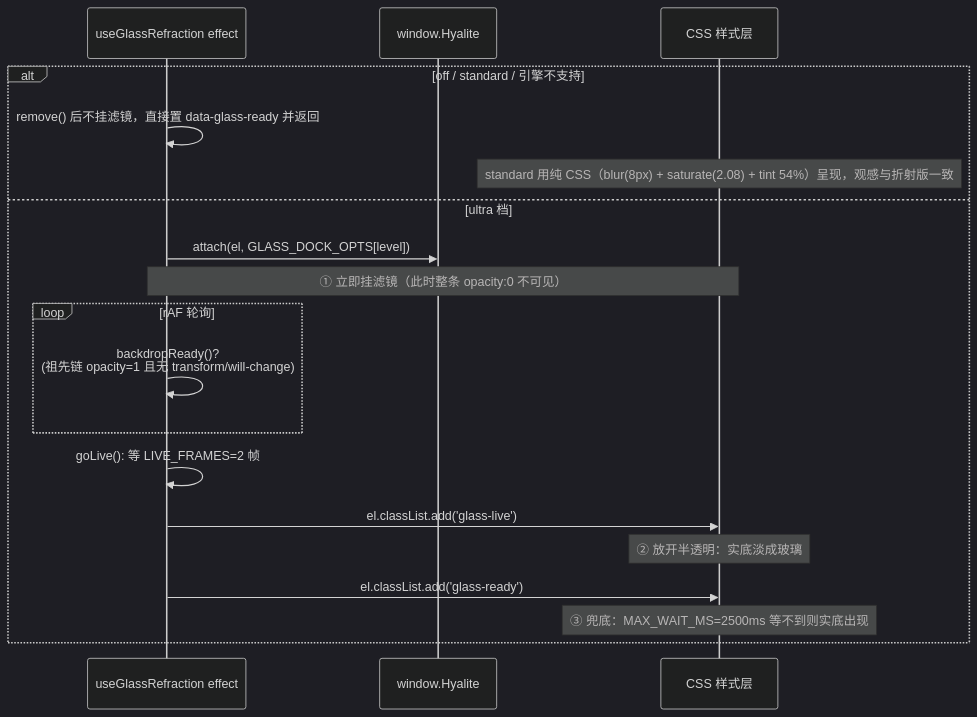
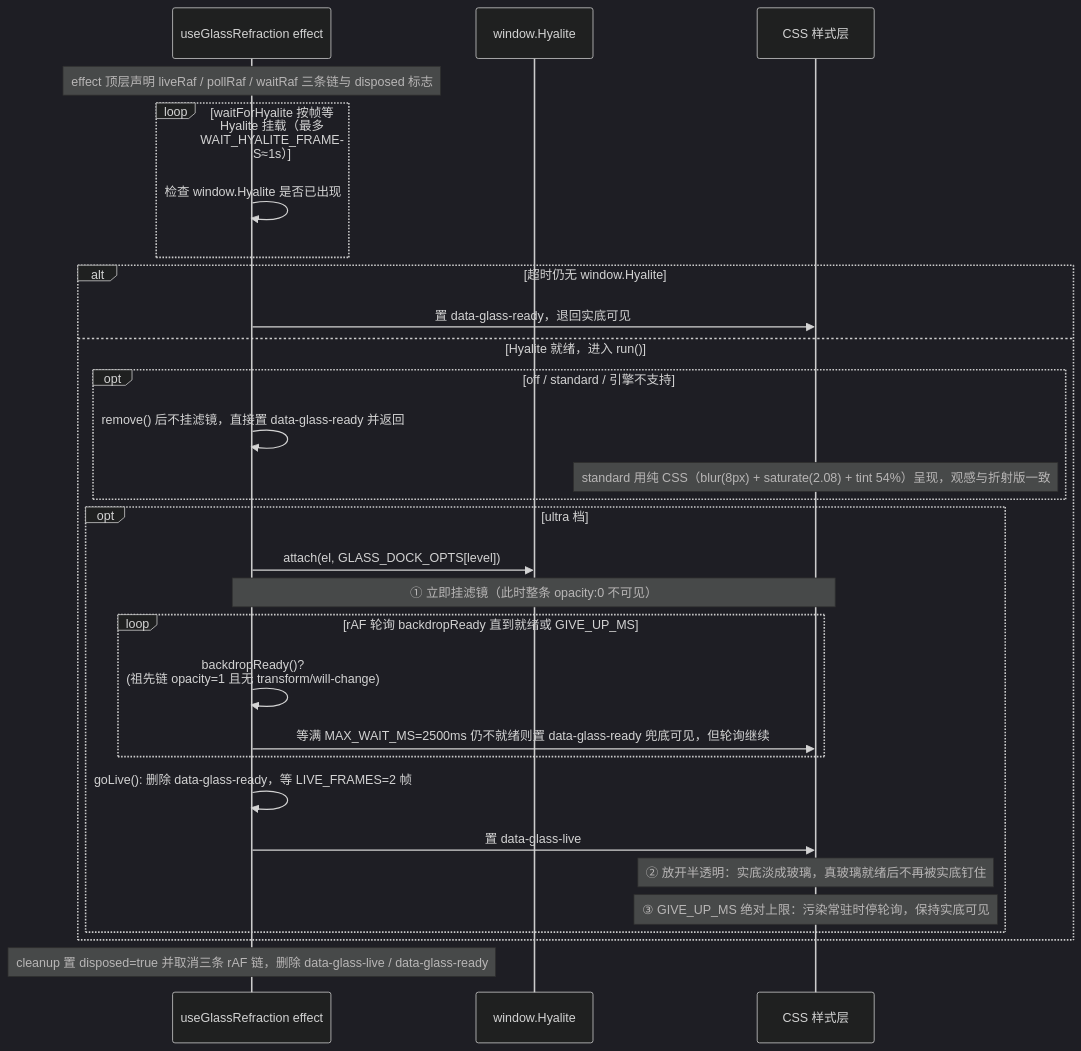
One commit to ikliml666/Wxxy-CampusLogin changed the third of 5 diagrams in .codewiki/modules/desktop-frontend-utilities-libraries.md. Above: the diagram before and after it, drawn with Mermaid (dark theme). The commit also changed other lines of this file and 3 other files, not shown here.

````diff
--- a/.codewiki/modules/desktop-frontend-utilities-libraries.md
+++ b/.codewiki/modules/desktop-frontend-utilities-libraries.md
@@ -276,22 +276,32 @@
 ```mermaid
 sequenceDiagram
     participant Effect as useGlassRefraction effect
     participant Hyalite as window.Hyalite
     participant CSS as CSS 样式层
 
-    alt off / standard / 引擎不支持
-        Effect->>Effect: remove() 后不挂滤镜，直接置 data-glass-ready 并返回
-        Note over CSS: standard 用纯 CSS（blur(8px) + saturate(2.08) + tint 54%）呈现，观感与折射版一致
-    else ultra 档
-        Effect->>Hyalite: attach(el, GLASS_DOCK_OPTS[level])
-        Note over Effect,CSS: ① 立即挂滤镜（此时整条 opacity:0 不可见）
-        loop rAF 轮询
-            Effect->>Effect: backdropReady()?<br/>(祖先链 opacity=1 且无 transform/will-change)
+    Note over Effect: effect 顶层声明 liveRaf / pollRaf / waitRaf 三条链与 disposed 标志
+    loop waitForHyalite 按帧等 Hyalite 挂载（最多 WAIT_HYALITE_FRAMES≈1s）
+        Effect->>Effect: 检查 window.Hyalite 是否已出现
+    end
+    alt 超时仍无 window.Hyalite
+        Effect->>CSS: 置 data-glass-ready，退回实底可见
+    else Hyalite 就绪，进入 run()
+        opt off / standard / 引擎不支持
+            Effect->>Effect: remove() 后不挂滤镜，直接置 data-glass-ready 并返回
+            Note over CSS: standard 用纯 CSS（blur(8px) + saturate(2.08) + tint 54%）呈现，观感与折射版一致
         end
-        Effect->>Effect: goLive(): 等 LIVE_FRAMES=2 帧
-        Effect->>CSS: el.classList.add('glass-live')
-        Note over CSS: ② 放开半透明：实底淡成玻璃
-        Effect->>CSS: el.classList.add('glass-ready')
-        Note over CSS: ③ 兜底：MAX_WAIT_MS=2500ms 等不到则实底出现
+        opt ultra 档
+            Effect->>Hyalite: attach(el, GLASS_DOCK_OPTS[level])
+            Note over Effect,CSS: ① 立即挂滤镜（此时整条 opacity:0 不可见）
+            loop rAF 轮询 backdropReady 直到就绪或 GIVE_UP_MS
+                Effect->>Effect: backdropReady()?<br/>(祖先链 opacity=1 且无 transform/will-change)
+                Effect->>CSS: 等满 MAX_WAIT_MS=2500ms 仍不就绪则置 data-glass-ready 兜底可见，但轮询继续
+            end
+            Effect->>Effect: goLive(): 删除 data-glass-ready，等 LIVE_FRAMES=2 帧
+            Effect->>CSS: 置 data-glass-live
+            Note over CSS: ② 放开半透明：实底淡成玻璃，真玻璃就绪后不再被实底钉住
+            Note over CSS: ③ GIVE_UP_MS 绝对上限：污染常驻时停轮询，保持实底可见
+        end
     end
+    Note over Effect: cleanup 置 disposed=true 并取消三条 rAF 链，删除 data-glass-live / data-glass-ready
 ```
````
